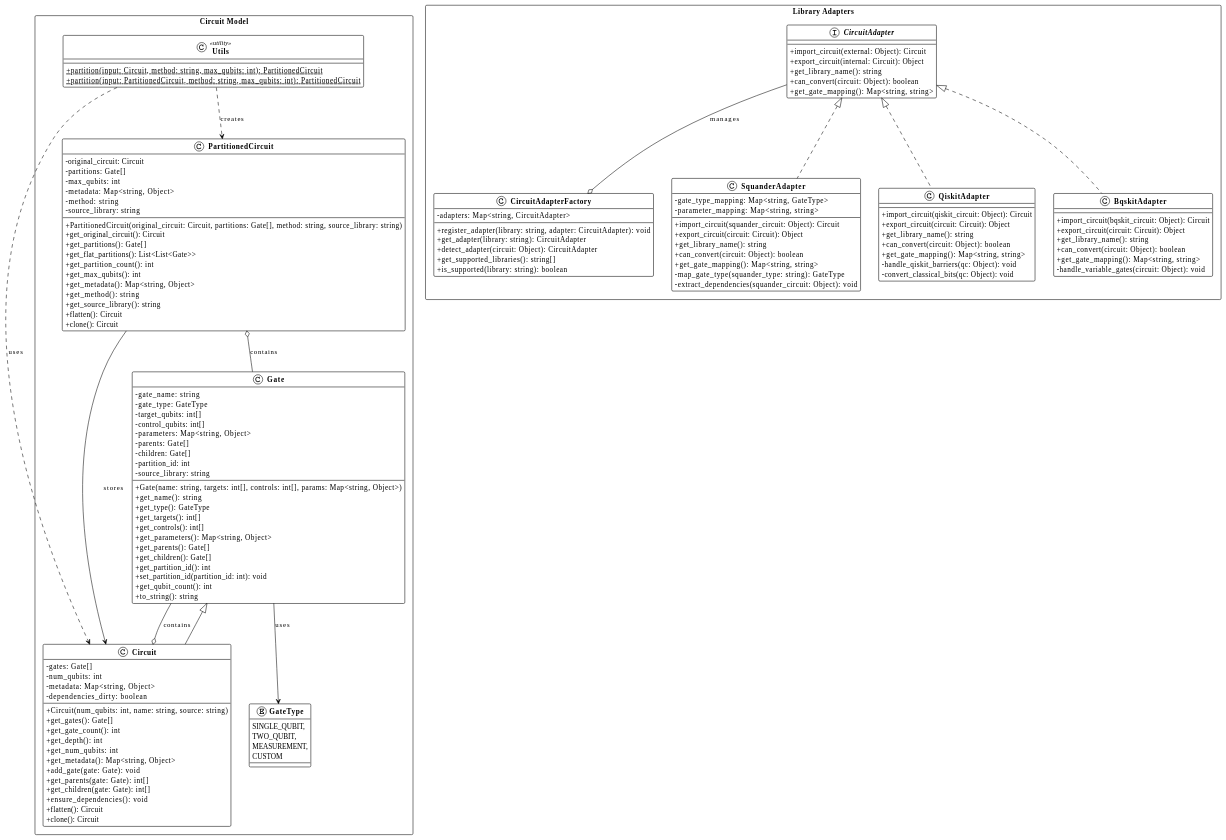
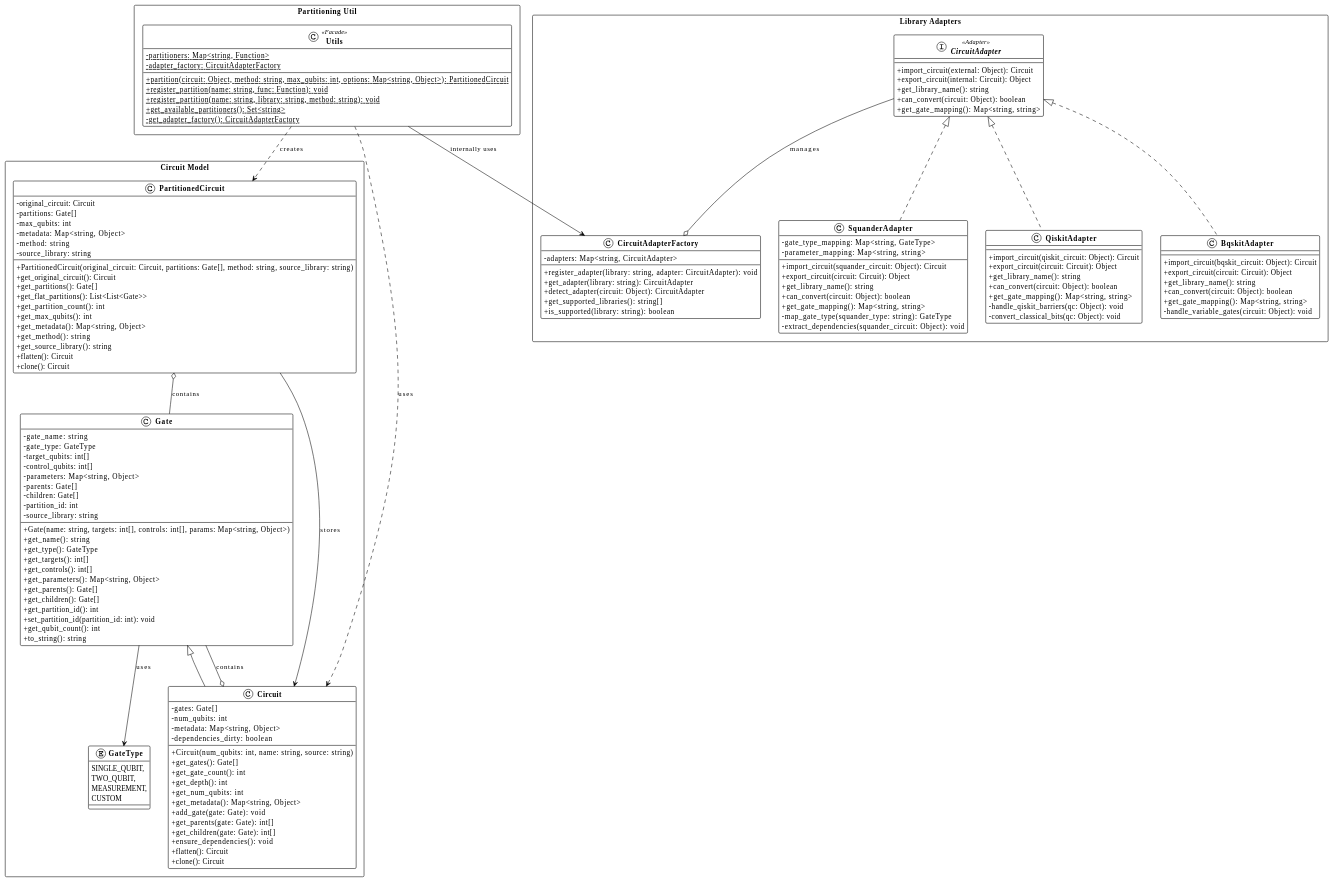
One commit to alfaarizi/qubit changed the diagram in packages/qubitkit/UML.md. Above: the diagram before and after it, drawn with PlantUML. The commit also changed 1 other file, not shown here.

Commit message:
chore: refactor UML diagram and update partitioning utils

```diff
--- a/packages/qubitkit/UML.md
+++ b/packages/qubitkit/UML.md
@@ -79,17 +79,10 @@
         + clone(): Circuit
     }
     
-    class Utils<<utility>> {
-        + {static} partition(input: Circuit, method: string, max_qubits: int): PartitionedCircuit
-        + {static} partition(input: PartitionedCircuit, method: string, max_qubits: int): PartitionedCircuit
-    }
-    
     Gate --> GateType : uses
     Circuit o-- Gate : contains
     PartitionedCircuit --> Circuit : stores
     PartitionedCircuit o-- Gate : contains
-    Utils ..> Circuit : uses
-    Utils ..> PartitionedCircuit : creates
     
 }
 
@@ -104,7 +97,7 @@
         + is_supported(library: string): boolean
     }
     
-    interface CircuitAdapter {
+    interface CircuitAdapter<<Adapter>> {
         + import_circuit(external: Object): Circuit
         + export_circuit(internal: Circuit): Object
         + get_library_name(): string
@@ -149,4 +142,21 @@
     CircuitAdapter --o CircuitAdapterFactory : manages
 }
 
+package "Partitioning Util" {
+    class Utils<<Facade>> {
+        - {static} partitioners: Map<string, Function>
+        - {static} adapter_factory: CircuitAdapterFactory
+        --
+        + {static} partition(circuit: Object, method: string, max_qubits: int, options: Map<string, Object>): PartitionedCircuit
+        + {static} register_partition(name: string, func: Function): void
+        + {static} register_partition(name: string, library: string, method: string): void
+        + {static} get_available_partitioners(): Set<string>
+        - {static} get_adapter_factory(): CircuitAdapterFactory
+    }
+    
+    Utils ..> Circuit : uses
+    Utils ..> PartitionedCircuit : creates
+    Utils --> CircuitAdapterFactory : internally uses
+}
+
 @enduml
```
